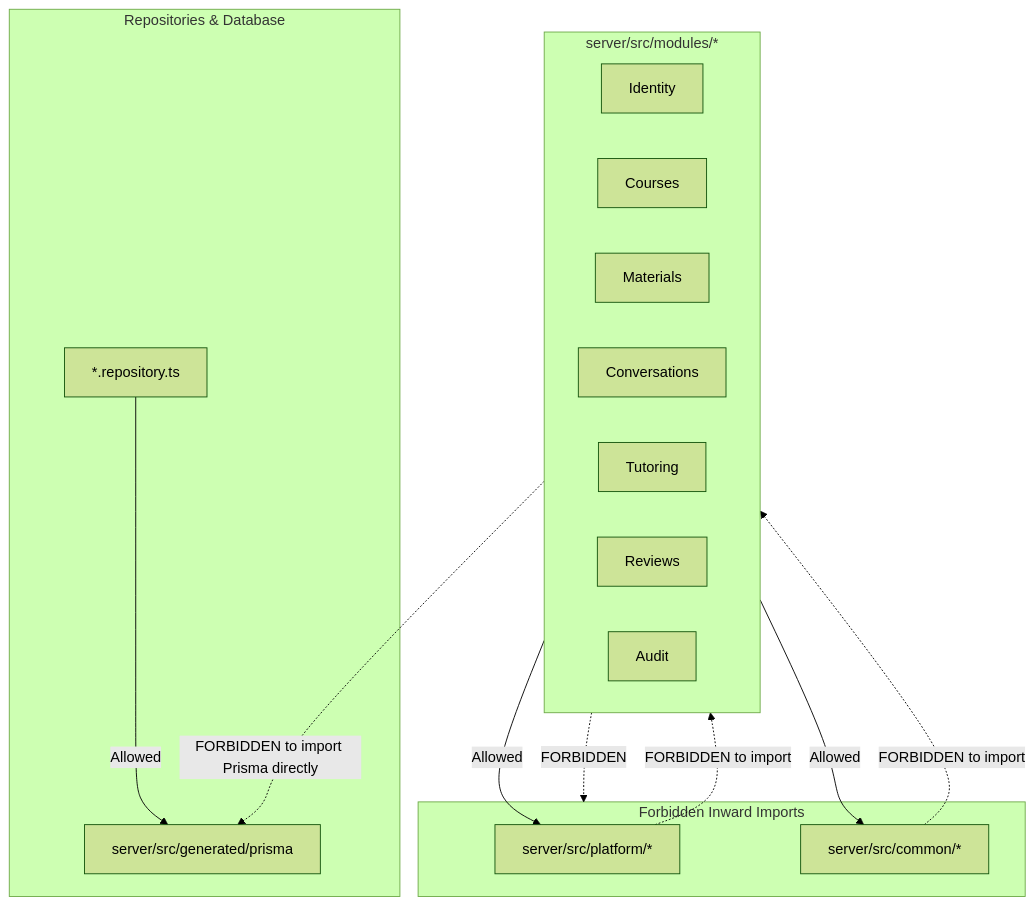
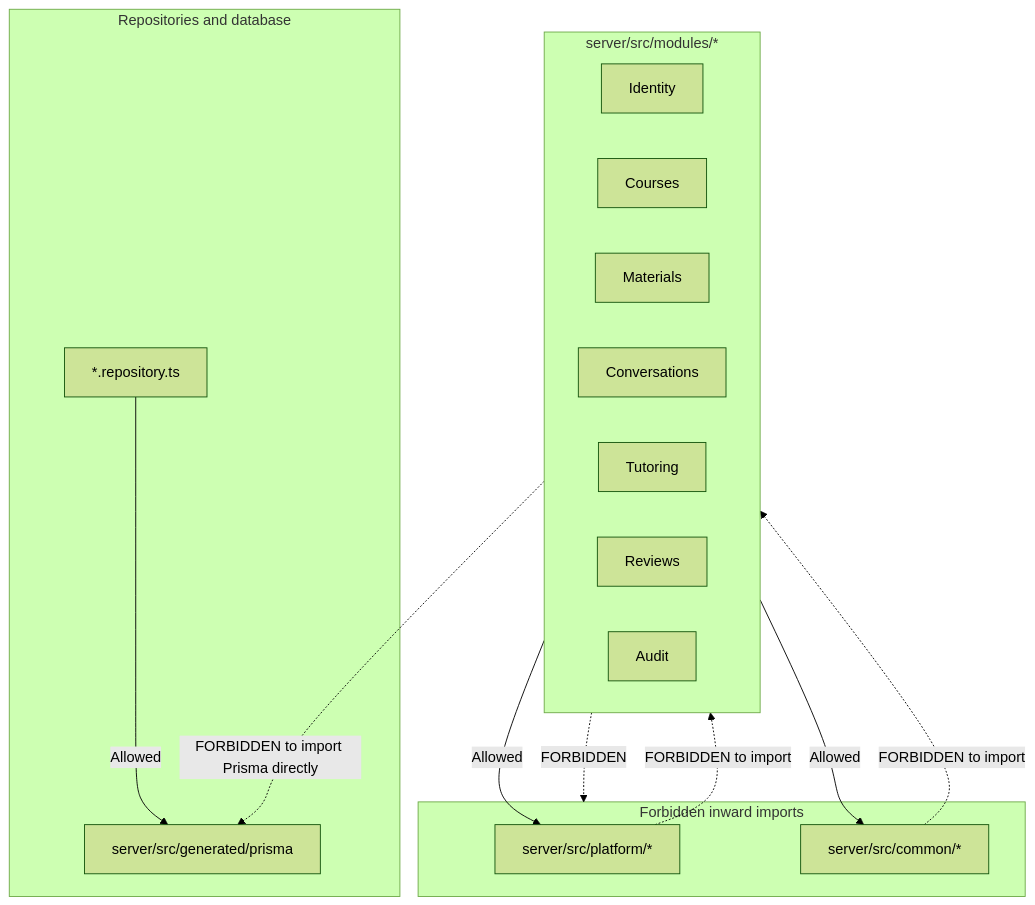
One commit to MahmoudAhmed184/Morshid changed the second of 3 diagrams in docs/developer-guide/03-architecture-and-boundaries.md. Above: the diagram before and after it, drawn with Mermaid (forest theme). The commit also changed other lines of this file and 19 other files, not shown here.

````diff
--- a/docs/developer-guide/03-architecture-and-boundaries.md
+++ b/docs/developer-guide/03-architecture-and-boundaries.md
@@ -50,31 +50,31 @@
 ```mermaid
 graph TD
-    subgraph ForbiddenLayers["Forbidden Inward Imports"]
+    subgraph ForbiddenLayers["Forbidden inward imports"]
         P[server/src/platform/*]
         C[server/src/common/*]
     end
 
     subgraph ProductModules["server/src/modules/*"]
         M1[Identity]
         M2[Courses]
         M3[Materials]
         M4[Conversations]
         M5[Tutoring]
         M6[Reviews]
         M7[Audit]
     end
 
-    subgraph PersistenceLayer["Repositories & Database"]
+    subgraph PersistenceLayer["Repositories and database"]
         R[*.repository.ts]
         Prisma[server/src/generated/prisma]
     end
 
     ProductModules -->|Allowed| P
     ProductModules -->|Allowed| C
     ProductModules -.->|FORBIDDEN| ForbiddenLayers
     P -.->|FORBIDDEN to import| ProductModules
     C -.->|FORBIDDEN to import| ProductModules
     
     R -->|Allowed| Prisma
     ProductModules -.->|FORBIDDEN to import Prisma directly| Prisma
 ```
````
